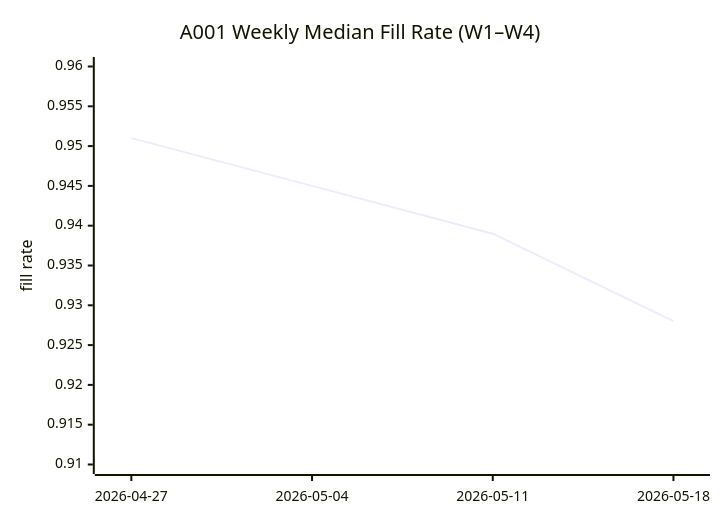
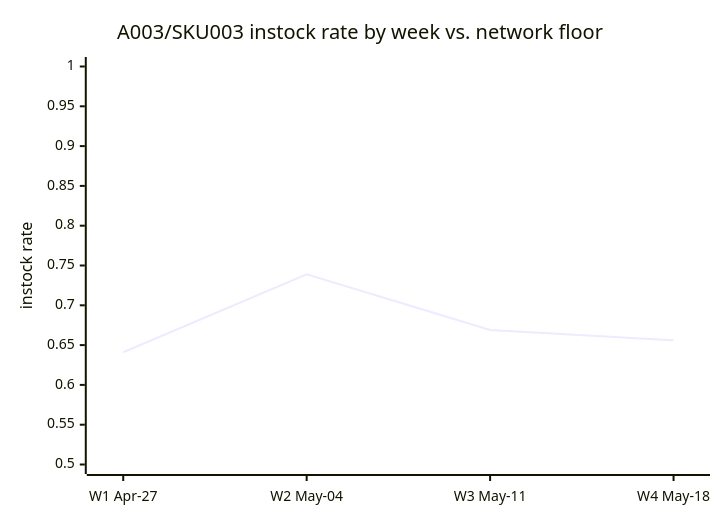
The first of 2 diagrams in docs/examples/smoke-test-output.md (tylerchiaRCCB/agentic_data_analyst), drawn with Mermaid before and after one commit. The commit also changed other lines of this file and 6 other files, not shown here.

````diff
--- a/docs/examples/smoke-test-output.md
+++ b/docs/examples/smoke-test-output.md
@@ -167,7 +43,7 @@
 ```mermaid
 xychart-beta
-    title "A001 Weekly Median Fill Rate (W1–W4)"
-    x-axis ["2026-04-27", "2026-05-04", "2026-05-11", "2026-05-18"]
-    y-axis "fill rate" 0.91 --> 0.96
-    line [0.951, 0.945, 0.939, 0.928]
+    title "A003/SKU003 instock rate by week vs. network floor"
+    x-axis ["W1 Apr-27", "W2 May-04", "W3 May-11", "W4 May-18"]
+    y-axis "instock rate" 0.5 --> 1.0
+    line [0.641, 0.739, 0.669, 0.656]
 ```
````
